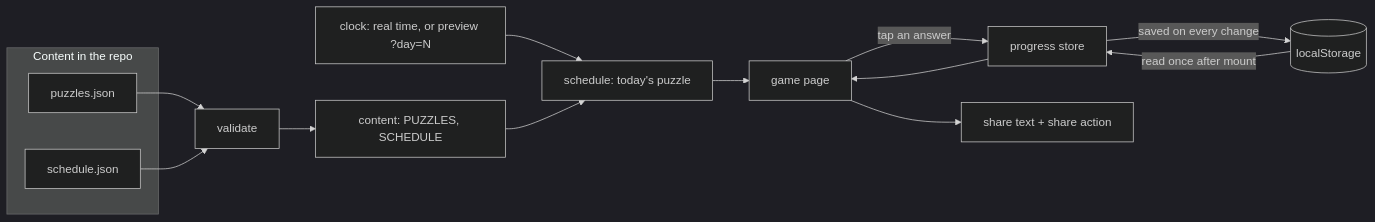
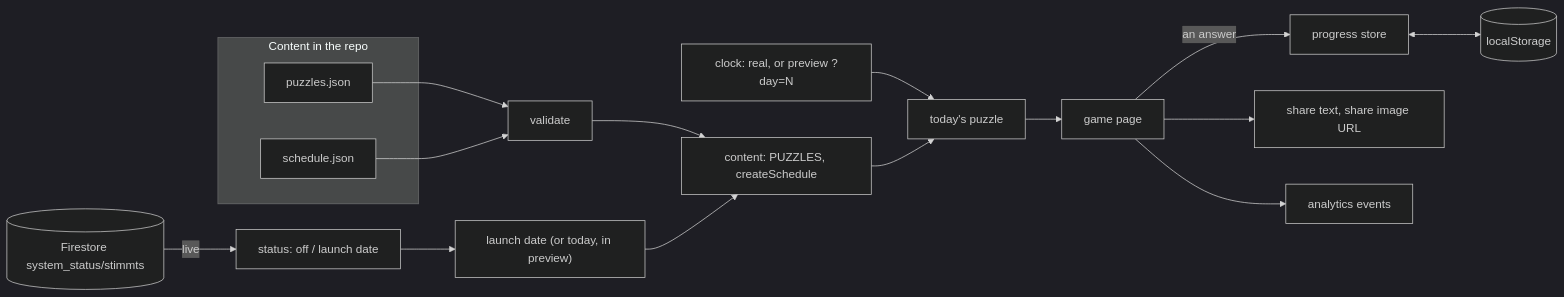
One commit to wahl-chat/wahl-chat-app changed the second of 2 diagrams in docs/stimmts/DESIGN.md. Above: the diagram before and after it, drawn with Mermaid (dark theme). The commit also changed other lines of this file, not shown here.

````diff
--- a/docs/stimmts/DESIGN.md
+++ b/docs/stimmts/DESIGN.md
@@ -164,18 +183,20 @@
 ```mermaid
 flowchart LR
-  subgraph Content["Content in the repo"]
+  subgraph Repo["Content in the repo"]
     P[puzzles.json]
     S[schedule.json]
   end
+  F[("Firestore system_status/stimmts")] -- live --> ST["status: off / launch date"]
   P --> V[validate]
   S --> V
-  V --> C["content: PUZZLES, SCHEDULE"]
-  K["clock: real time, or preview ?day=N"] --> T["schedule: today's puzzle"]
+  V --> C["content: PUZZLES, createSchedule"]
+  ST --> L["launch date (or today, in preview)"]
+  L --> C
+  K["clock: real, or preview ?day=N"] --> T["today's puzzle"]
   C --> T
   T --> UI["game page"]
-  UI -- "tap an answer" --> ST["progress store"]
-  ST -- "saved on every change" --> LS[("localStorage")]
-  LS -- "read once after mount" --> ST
-  ST --> UI
-  UI --> SH["share text + share action"]
+  UI -- "an answer" --> PS["progress store"]
+  PS <--> LS[("localStorage")]
+  UI --> SH["share text, share image URL"]
+  UI --> AN["analytics events"]
 ```
````
